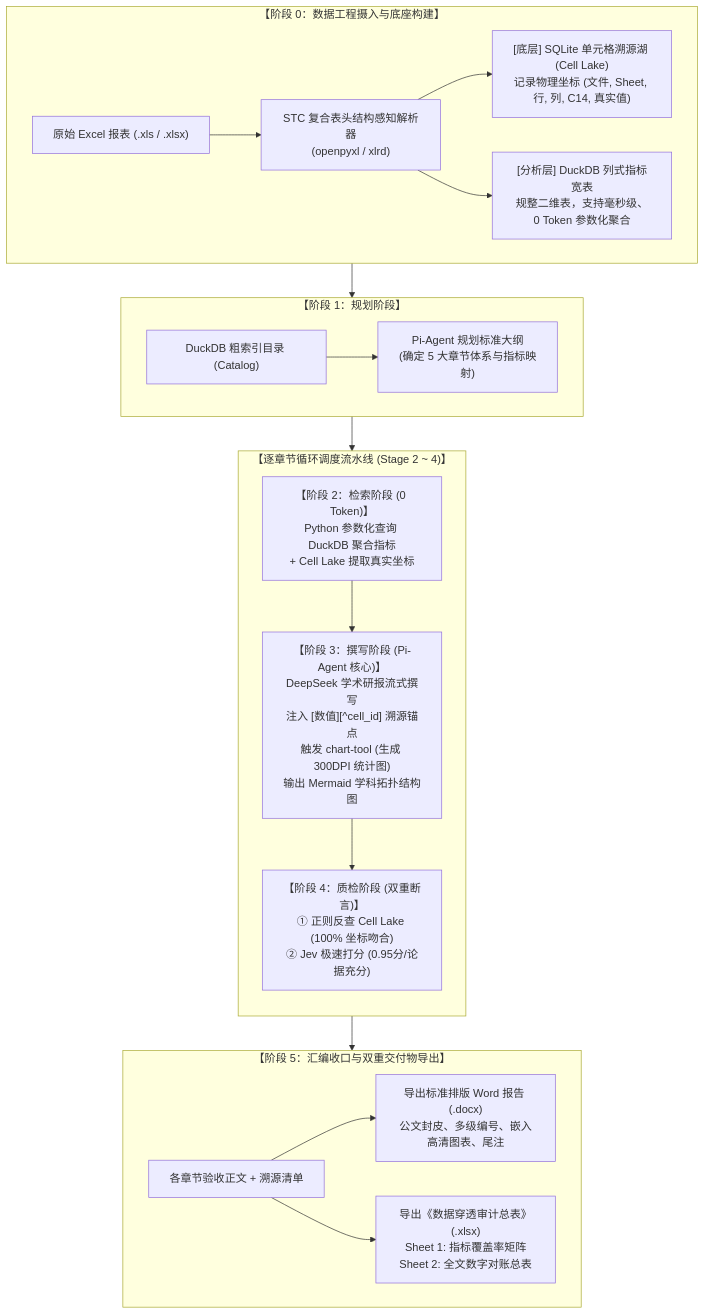
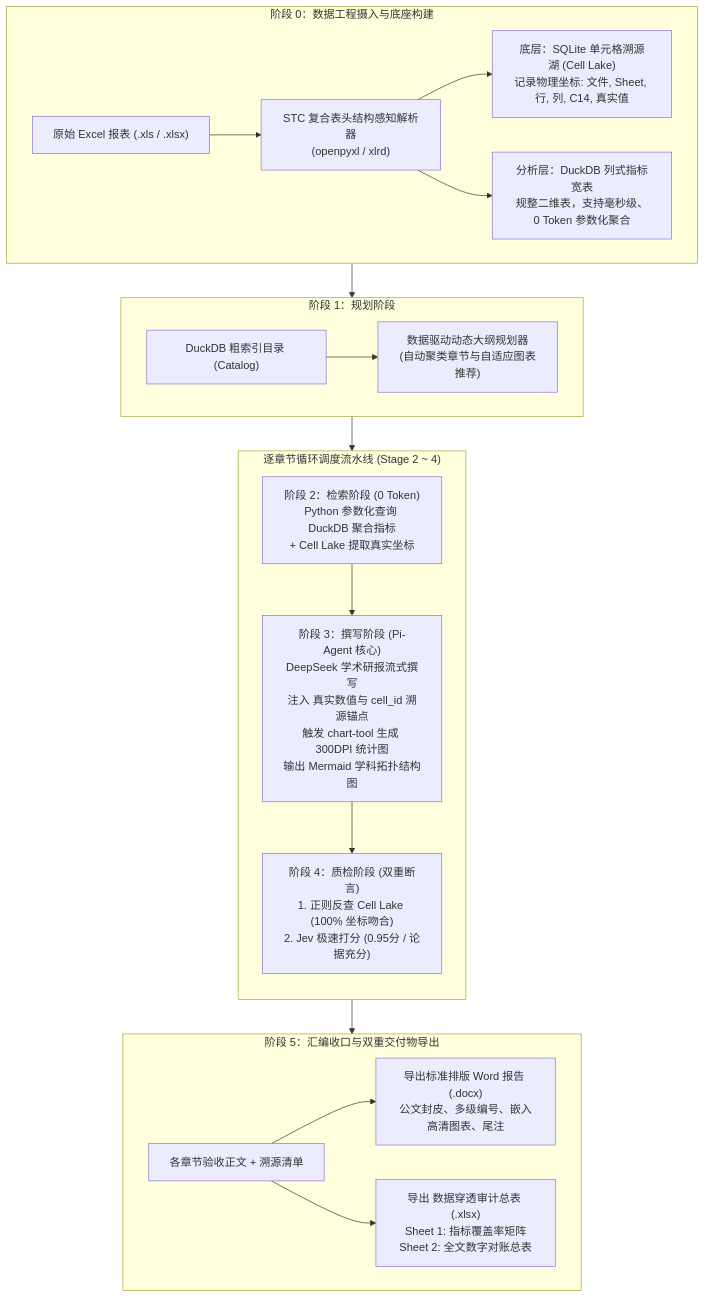
The diagram in SYSTEM_WORKFLOW.md (yvemiz/excel_report_version2), drawn with Mermaid before and after one commit. The commit also changed other lines of this file and 3 other files, not shown here.

````diff
--- a/SYSTEM_WORKFLOW.md
+++ b/SYSTEM_WORKFLOW.md
@@ -11,26 +11,26 @@
 ```mermaid
 graph TD
-    subgraph S0 ["【阶段 0：数据工程摄入与底座构建】"]
+    subgraph S0 ["阶段 0：数据工程摄入与底座构建"]
         Excel["原始 Excel 报表 (.xls / .xlsx)"] --> STC["STC 复合表头结构感知解析器<br/>(openpyxl / xlrd)"]
-        STC --> Lake["[底层] SQLite 单元格溯源湖 (Cell Lake)<br/>记录物理坐标 (文件, Sheet, 行, 列, C14, 真实值)"]
-        STC --> Duck["[分析层] DuckDB 列式指标宽表<br/>规整二维表，支持毫秒级、0 Token 参数化聚合"]
+        STC --> Lake["底层：SQLite 单元格溯源湖 (Cell Lake)<br/>记录物理坐标: 文件, Sheet, 行, 列, C14, 真实值"]
+        STC --> Duck["分析层：DuckDB 列式指标宽表<br/>规整二维表，支持毫秒级、0 Token 参数化聚合"]
     end
 
-    subgraph S1 ["【阶段 1：规划阶段】"]
-        Catalog["DuckDB 粗索引目录 (Catalog)"] --> Outline["Pi-Agent 规划标准大纲<br/>(确定 5 大章节体系与指标映射)"]
+    subgraph S1 ["阶段 1：规划阶段"]
+        Catalog["DuckDB 粗索引目录 (Catalog)"] --> Outline["数据驱动动态大纲规划器<br/>(自动聚类章节与自适应图表推荐)"]
     end
 
-    subgraph Loop ["【逐章节循环调度流水线 (Stage 2 ~ 4)】"]
+    subgraph Loop ["逐章节循环调度流水线 (Stage 2 ~ 4)"]
         direction TB
-        S2["【阶段 2：检索阶段 (0 Token)】<br/>Python 参数化查询 DuckDB 聚合指标<br/>+ Cell Lake 提取真实坐标"]
-        --> S3["【阶段 3：撰写阶段 (Pi-Agent 核心)】<br/>DeepSeek 学术研报流式撰写<br/>注入 [数值][^cell_id] 溯源锚点<br/>触发 chart-tool (生成 300DPI 统计图)<br/>输出 Mermaid 学科拓扑结构图"]
-        --> S4["【阶段 4：质检阶段 (双重断言)】<br/>① 正则反查 Cell Lake (100% 坐标吻合)<br/>② Jev 极速打分 (0.95分/论据充分)"]
+        S2["阶段 2：检索阶段 (0 Token)<br/>Python 参数化查询 DuckDB 聚合指标<br/>+ Cell Lake 提取真实坐标"]
+        --> S3["阶段 3：撰写阶段 (Pi-Agent 核心)<br/>DeepSeek 学术研报流式撰写<br/>注入 真实数值与 cell_id 溯源锚点<br/>触发 chart-tool 生成 300DPI 统计图<br/>输出 Mermaid 学科拓扑结构图"]
+        --> S4["阶段 4：质检阶段 (双重断言)<br/>1. 正则反查 Cell Lake (100% 坐标吻合)<br/>2. Jev 极速打分 (0.95分 / 论据充分)"]
     end
 
-    subgraph S5 ["【阶段 5：汇编收口与双重交付物导出】"]
+    subgraph S5 ["阶段 5：汇编收口与双重交付物导出"]
         Sections["各章节验收正文 + 溯源清单"] --> ExportDocx["导出标准排版 Word 报告 (.docx)<br/>公文封皮、多级编号、嵌入高清图表、尾注"]
-        Sections --> ExportXlsx["导出《数据穿透审计总表》(.xlsx)<br/>Sheet 1: 指标覆盖率矩阵<br/>Sheet 2: 全文数字对账总表"]
+        Sections --> ExportXlsx["导出 数据穿透审计总表 (.xlsx)<br/>Sheet 1: 指标覆盖率矩阵<br/>Sheet 2: 全文数字对账总表"]
     end
 
     S0 --> S1 --> Loop --> S5
 ```
````
